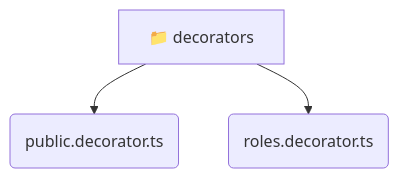
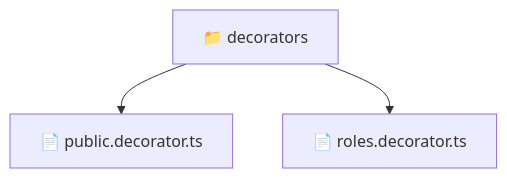
The diagram in backend/src/common/decorators/README.md (beginwebdev2002/fullstack-mavluda), drawn with Mermaid before and after one commit. The commit also changed other lines of this file and 163 other files, not shown here.

````diff
--- a/backend/src/common/decorators/README.md
+++ b/backend/src/common/decorators/README.md
@@ -9,6 +9,6 @@
 ```mermaid
 graph TD
-  decorators[📁 decorators]
-  decorators --> decorators_public_decorator_ts(public.decorator.ts)
-  decorators --> decorators_roles_decorator_ts(roles.decorator.ts)
+  Root["📁 decorators"]
+  Root --> publicdecoratorts["📄 public.decorator.ts"]
+  Root --> rolesdecoratorts["📄 roles.decorator.ts"]
 ```
````
